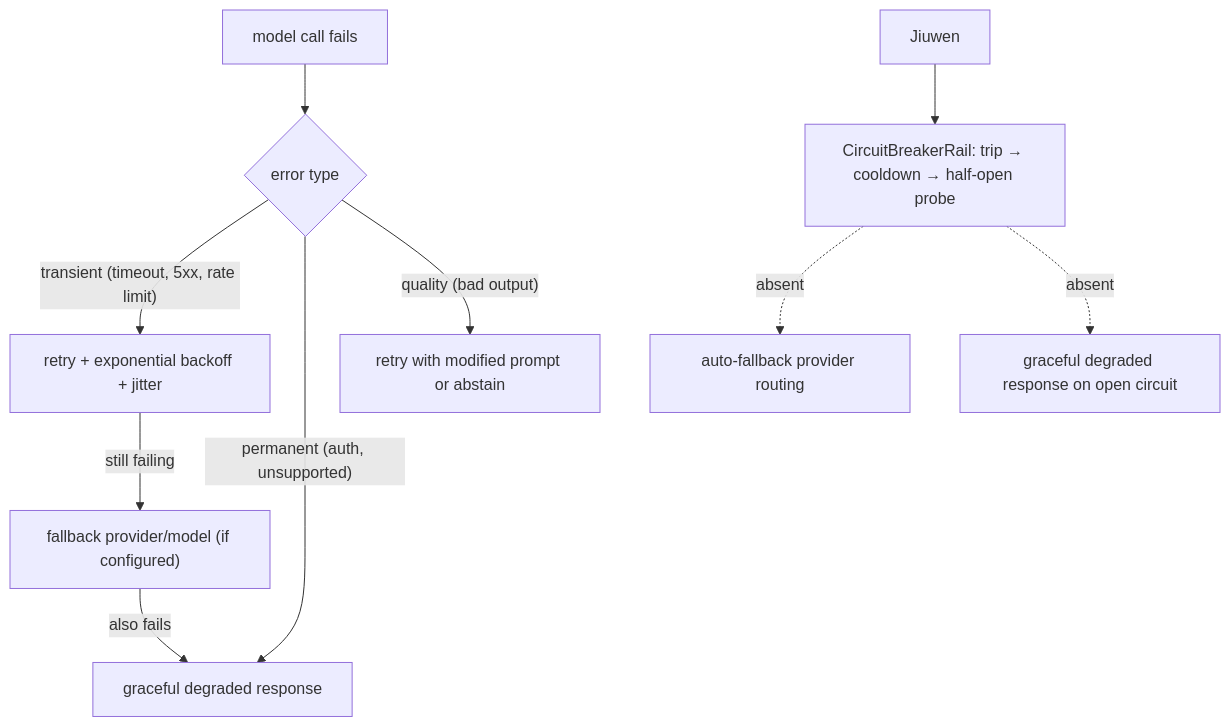
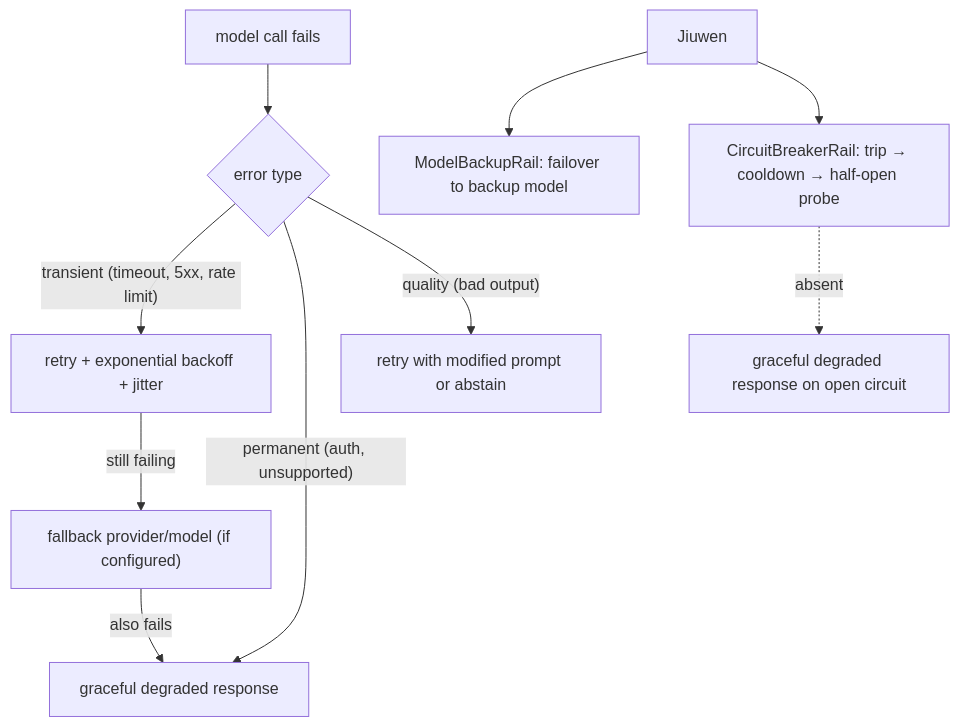
Before and after one commit to michaelatamuk/openjiuwen-knowledge: diagram 16 of 16 in content/topics/16-production-cost-and-scale.md, drawn with Mermaid. The commit also changed other lines of this file and 47 other files, not shown here.

Commit message:
content: correct stale Jiuwen references (tools, memory, tracing, routing, safety) to real code

````diff
--- a/content/topics/16-production-cost-and-scale.md
+++ b/content/topics/16-production-cost-and-scale.md
@@ -445,12 +444,12 @@
 ```mermaid
 flowchart TD
     FAIL["model call fails"] --> CAT{"error type"}
     CAT -->|"transient (timeout, 5xx, rate limit)"| RETRY["retry + exponential backoff + jitter"]
     RETRY -->|"still failing"| FBK["fallback provider/model (if configured)"]
     FBK -->|"also fails"| DEG["graceful degraded response"]
     CAT -->|"permanent (auth, unsupported)"| DEG
     CAT -->|"quality (bad output)"| RPMT["retry with modified prompt or abstain"]
-    JIW["Jiuwen"] --> CB["CircuitBreakerRail: trip → cooldown → half-open probe"]
-    CB -.->|"absent"| AUTO["auto-fallback provider routing"]
+    JIW["Jiuwen"] --> MB["ModelBackupRail: failover to backup model"]
+    JIW --> CB["CircuitBreakerRail: trip → cooldown → half-open probe"]
     CB -.->|"absent"| GDEG["graceful degraded response on open circuit"]
 ```
````
